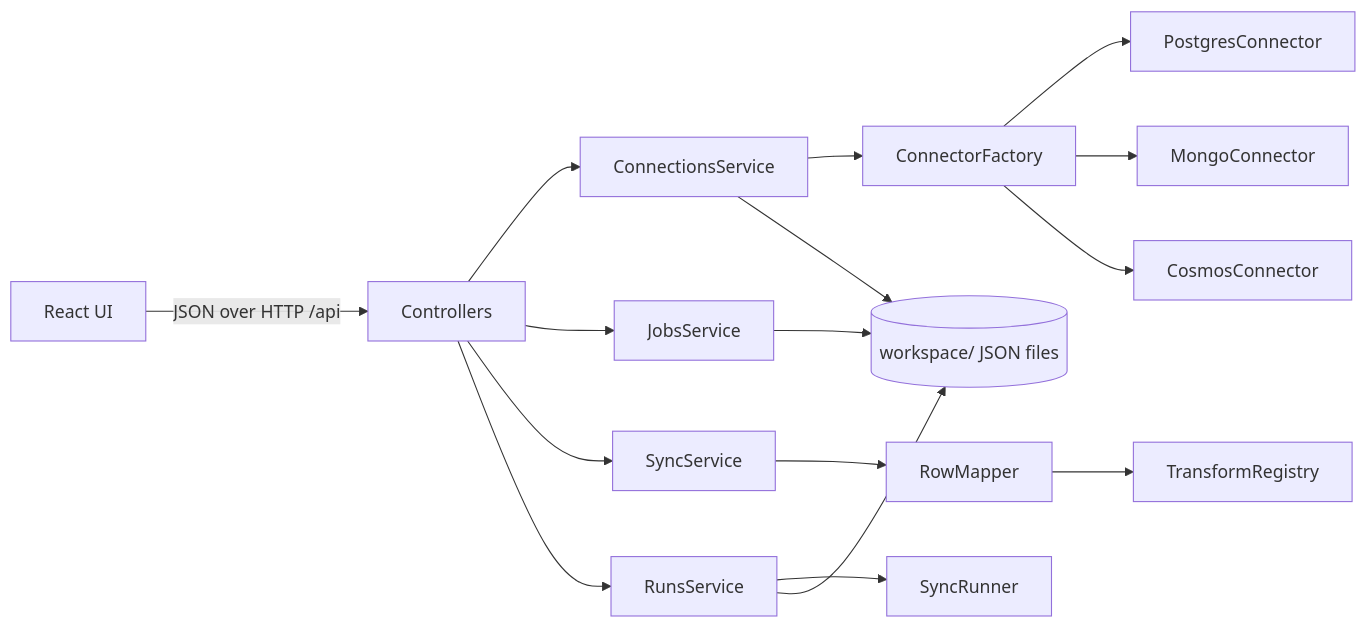
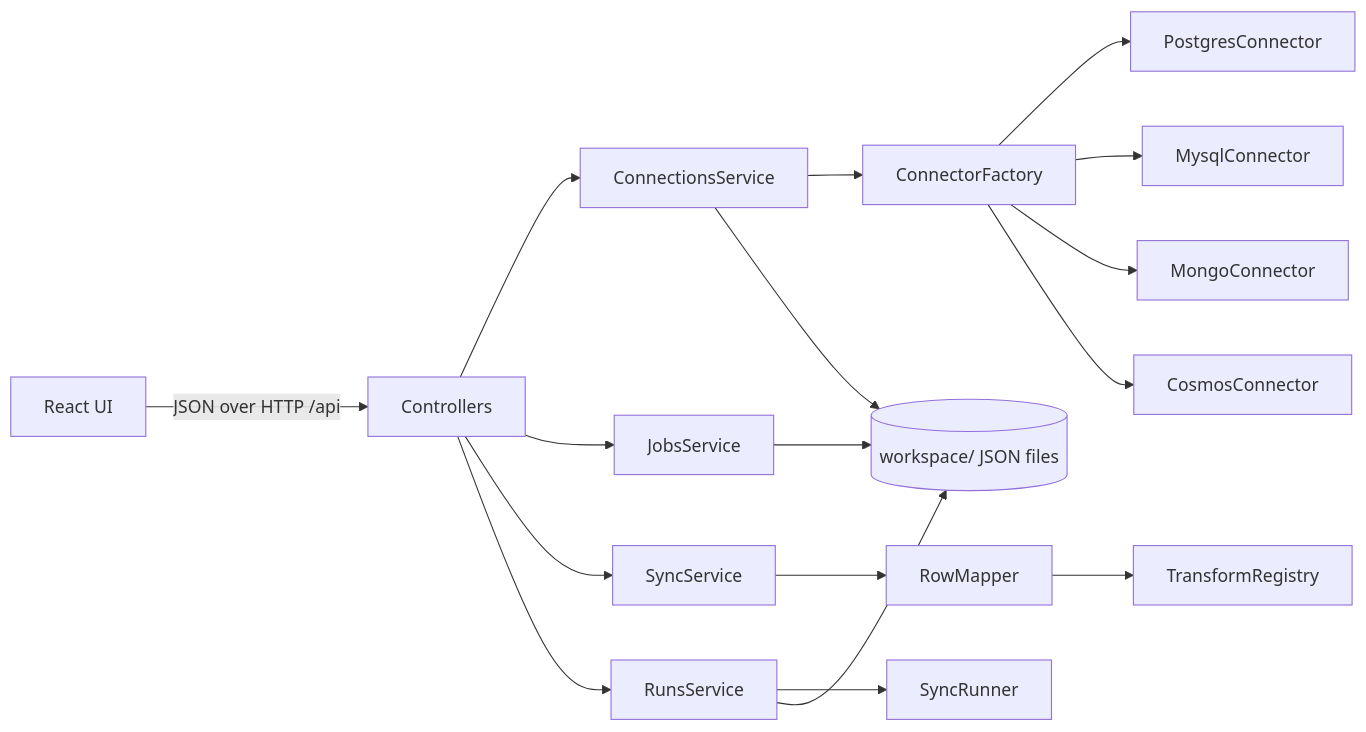
The diagram in docs/ARCHITECTURE.md (MohammedRaslan/sync-forge), drawn with Mermaid before and after one commit. The commit also changed other lines of this file and 25 other files, not shown here.

````diff
--- a/docs/ARCHITECTURE.md
+++ b/docs/ARCHITECTURE.md
@@ -10,16 +10,17 @@
 ```mermaid
 flowchart LR
   UI[React UI] -- JSON over HTTP /api --> API[Controllers]
   API --> CS[ConnectionsService]
   API --> JS[JobsService]
   API --> SS[SyncService]
   API --> RS[RunsService]
   RS --> RUN[SyncRunner]
   SS --> MAP[RowMapper]
   MAP --> TR[TransformRegistry]
   CS --> CF[ConnectorFactory]
   CF --> PG[PostgresConnector]
+  CF --> MY[MysqlConnector]
   CF --> MG[MongoConnector]
   CF --> CO[CosmosConnector]
   CS & JS & RS --> FS[(workspace/ JSON files)]
 ```
````
